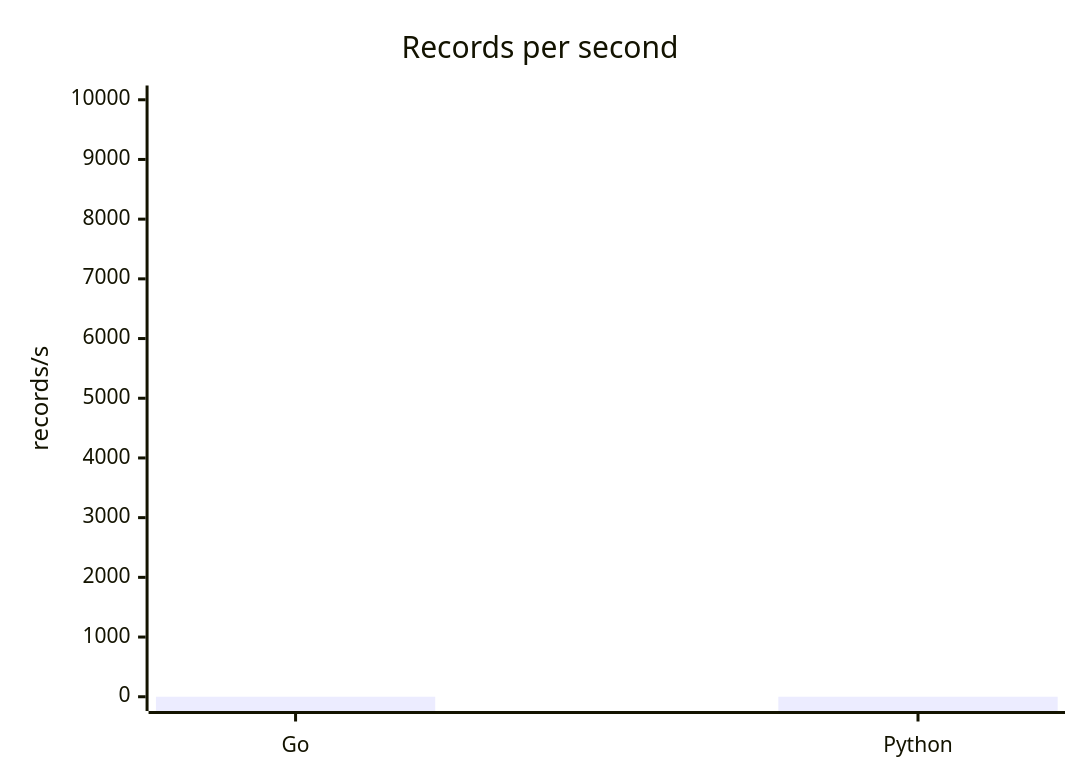
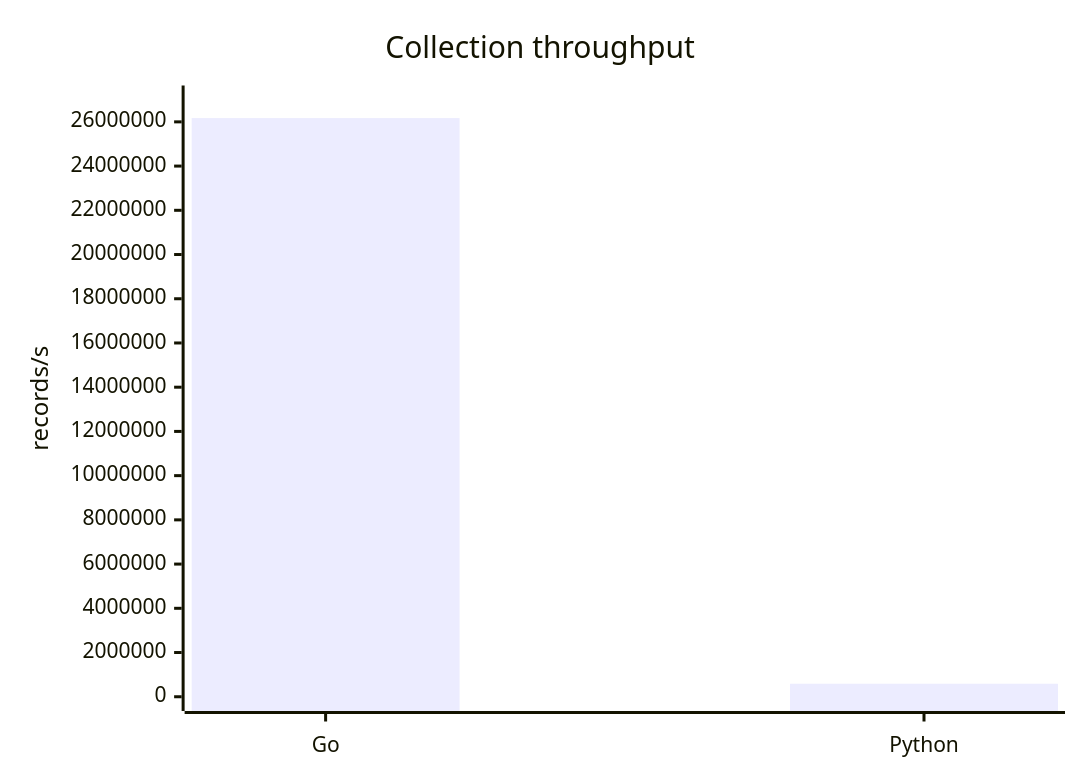
Before and after one commit to trener678/laba14: the first of 2 diagrams in docs/performance_report.md, drawn with Mermaid. The commit also changed other lines of this file and 4 other files, not shown here.

````diff
--- a/docs/performance_report.md
+++ b/docs/performance_report.md
@@ -17,7 +29,7 @@
 ```mermaid
 xychart-beta
-    title "Records per second"
+    title "Collection throughput"
     x-axis ["Go", "Python"]
-    y-axis "records/s" 0 --> 10000
-    bar [0, 0]
+    y-axis "records/s" 0 --> 27000000
+    bar [26171972.56, 588000.00]
 ```
````
